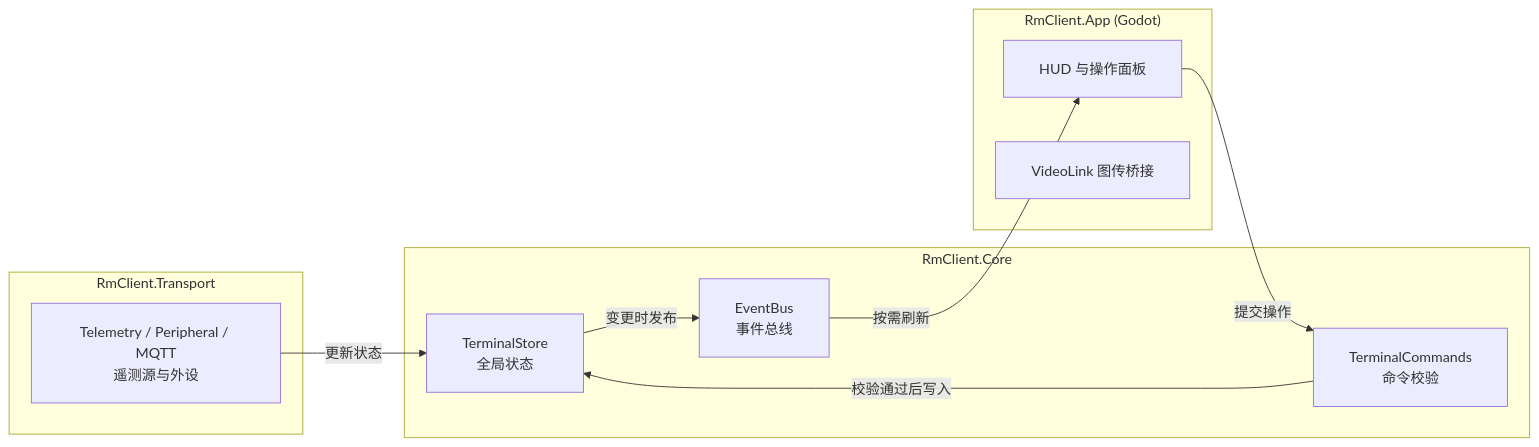
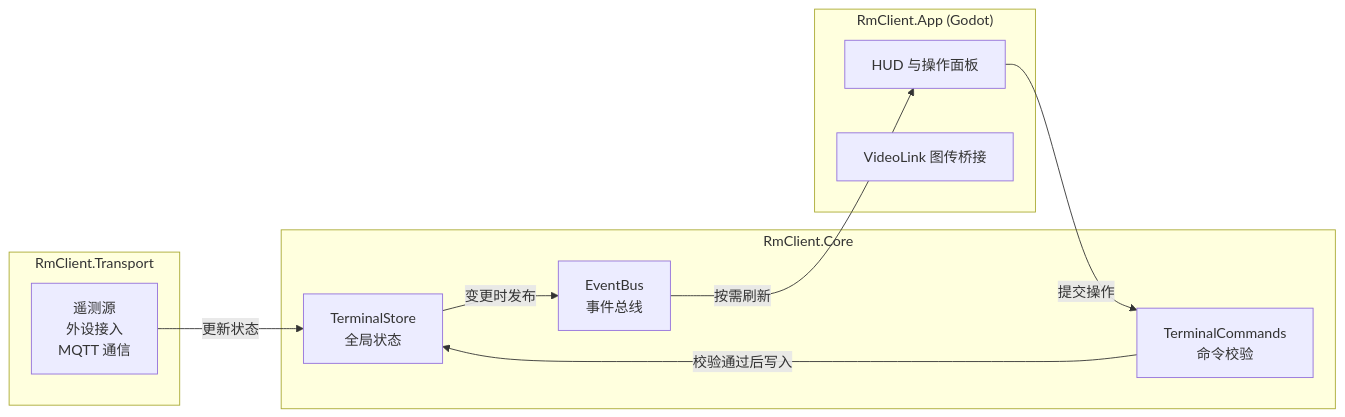
The diagram in docs/architecture.md (PnX-HKUSTGZ/CustomClient-RM27), drawn with Mermaid before and after one commit.

Commit message:
docs: split Transport Mermaid node into three short lines

````diff
--- a/docs/architecture.md
+++ b/docs/architecture.md
@@ -67,24 +67,23 @@
 ```mermaid
-%%{init: {'flowchart': {'padding': 20}}}%%
 flowchart LR
     subgraph Transport["RmClient.Transport"]
-        Source["Telemetry / Peripheral / MQTT<br/>遥测源与外设"]
+        Source["遥测源<br/>外设接入<br/>MQTT 通信"]
     end
 
     subgraph Core["RmClient.Core"]
         Store["TerminalStore<br/>全局状态"]
         Bus["EventBus<br/>事件总线"]
         Cmd["TerminalCommands<br/>命令校验"]
     end
 
     subgraph App["RmClient.App (Godot)"]
         UI["HUD 与操作面板"]
         Video["VideoLink 图传桥接"]
     end
 
     Source -->|更新状态| Store
     Store -->|变更时发布| Bus
     Bus -->|按需刷新| UI
     UI -->|提交操作| Cmd
     Cmd -->|校验通过后写入| Store
 ```
````
